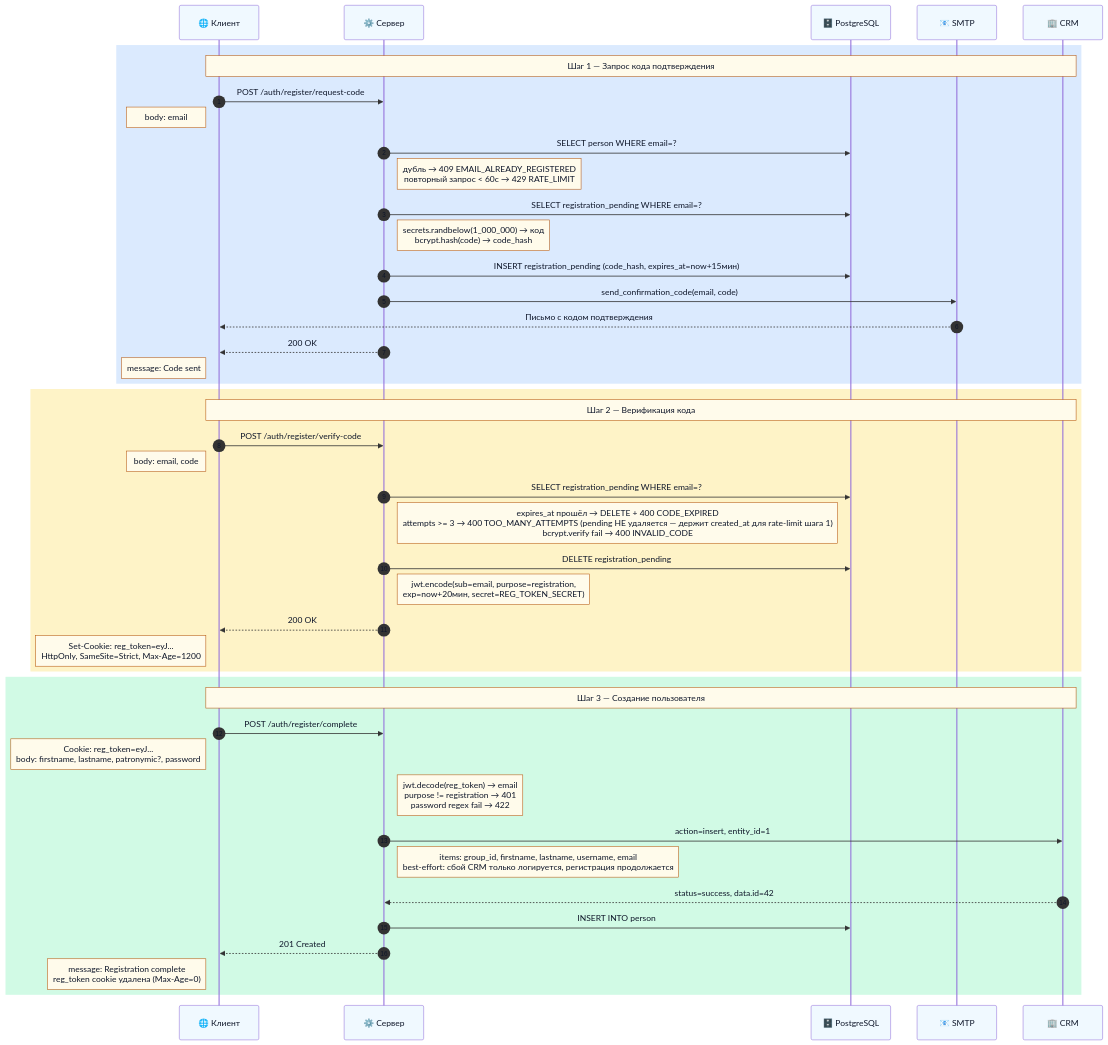
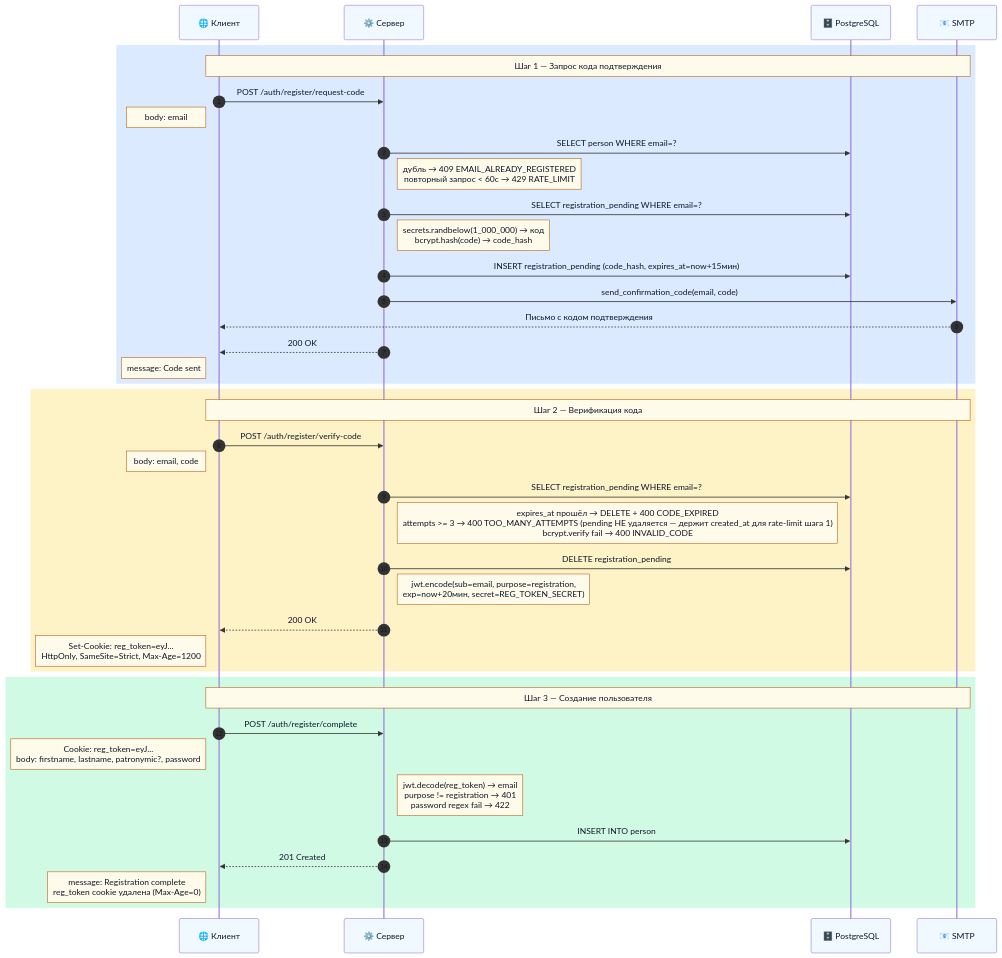
One commit to bodyauza/task-manager changed the sixth of 7 diagrams in README.md. Above: the diagram before and after it, drawn with Mermaid. The commit also changed other lines of this file and 27 other files, not shown here.

First line of the commit message:
fix(auth,crm-outbox): убрана CRM-регистрация пользователей, устранена гонка обгона событий outbox

````diff
--- a/README.md
+++ b/README.md
@@ -361,50 +354,46 @@
 ```mermaid
 %%{init: {'theme': 'default', 'themeVariables': {'noteTextColor': '#0f172a', 'noteBkgColor': '#fffbeb', 'noteBorderColor': '#b45309', 'signalTextColor': '#0f172a', 'actorTextColor': '#0f172a', 'actorBkg': '#f0f9ff', 'actorBorderColor': '#0284c7', 'labelTextColor': '#0f172a', 'sequenceNumberColor': '#0f172a'}}}%%
 sequenceDiagram
     autonumber
     participant C as 🌐 Клиент
     participant S as ⚙️ Сервер
     participant D as 🗄️ PostgreSQL
     participant M as 📧 SMTP
-    participant R as 🏢 CRM
 
     rect rgb(219, 234, 254)
-        Note over C,R: Шаг 1 — Запрос кода подтверждения
+        Note over C,M: Шаг 1 — Запрос кода подтверждения
         C->>S: POST /auth/register/request-code
         Note left of C: body: email
         S->>D: SELECT person WHERE email=?
         Note right of S: дубль → 409 EMAIL_ALREADY_REGISTERED<br/>повторный запрос < 60с → 429 RATE_LIMIT
         S->>D: SELECT registration_pending WHERE email=?
         Note right of S: secrets.randbelow(1_000_000) → код<br/>bcrypt.hash(code) → code_hash
         S->>D: INSERT registration_pending (code_hash, expires_at=now+15мин)
         S->>M: send_confirmation_code(email, code)
         M-->>C: Письмо с кодом подтверждения
         S-->>C: 200 OK
         Note left of C: message: Code sent
     end
 
     rect rgb(254, 243, 199)
-        Note over C,R: Шаг 2 — Верификация кода
+        Note over C,M: Шаг 2 — Верификация кода
         C->>S: POST /auth/register/verify-code
         Note left of C: body: email, code
         S->>D: SELECT registration_pending WHERE email=?
         Note right of S: expires_at прошёл → DELETE + 400 CODE_EXPIRED<br/>attempts >= 3 → 400 TOO_MANY_ATTEMPTS (pending НЕ удаляется — держит created_at для rate-limit шага 1)<br/>bcrypt.verify fail → 400 INVALID_CODE
         S->>D: DELETE registration_pending
         Note right of S: jwt.encode(sub=email, purpose=registration,<br/>exp=now+20мин, secret=REG_TOKEN_SECRET)
         S-->>C: 200 OK
         Note left of C: Set-Cookie: reg_token=eyJ...<br/>HttpOnly, SameSite=Strict, Max-Age=1200
     end
 
     rect rgb(209, 250, 229)
-        Note over C,R: Шаг 3 — Создание пользователя
+        Note over C,M: Шаг 3 — Создание пользователя
         C->>S: POST /auth/register/complete
         Note left of C: Cookie: reg_token=eyJ...<br/>body: firstname, lastname, patronymic?, password
         Note right of S: jwt.decode(reg_token) → email<br/>purpose != registration → 401<br/>password regex fail → 422
-        S->>R: action=insert, entity_id=1
-        Note right of S: items: group_id, firstname, lastname, username, email<br/>best-effort: сбой CRM только логируется, регистрация продолжается
-        R-->>S: status=success, data.id=42
         S->>D: INSERT INTO person
         S-->>C: 201 Created
         Note left of C: message: Registration complete<br/>reg_token cookie удалена (Max-Age=0)
     end
 ```
````
